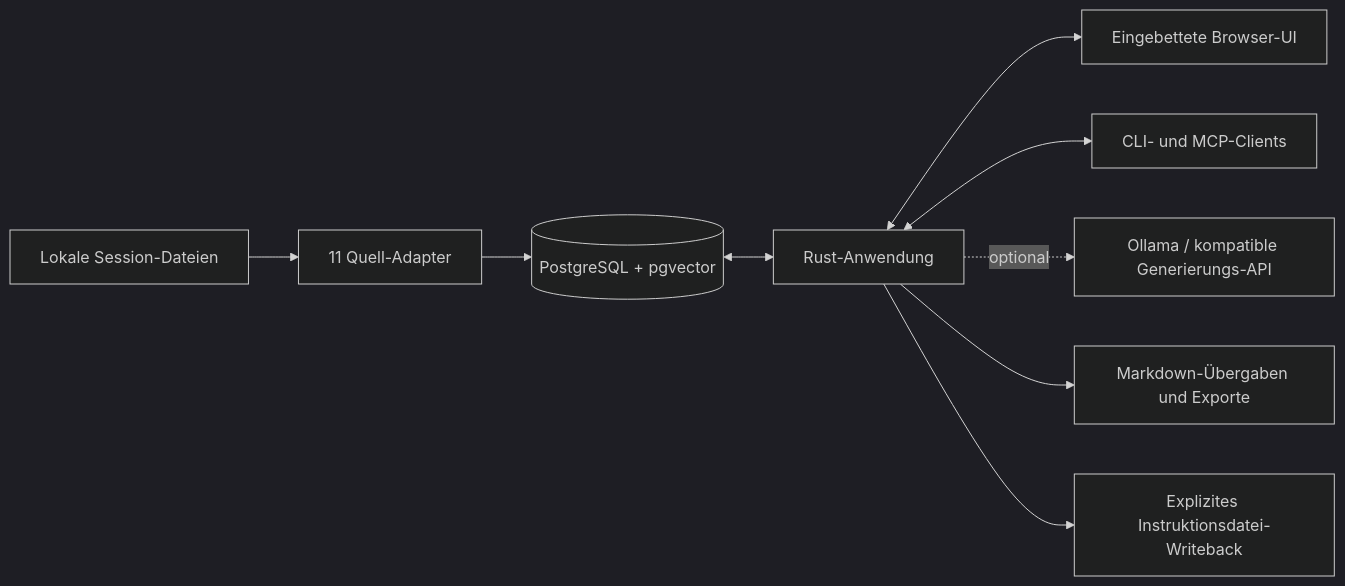
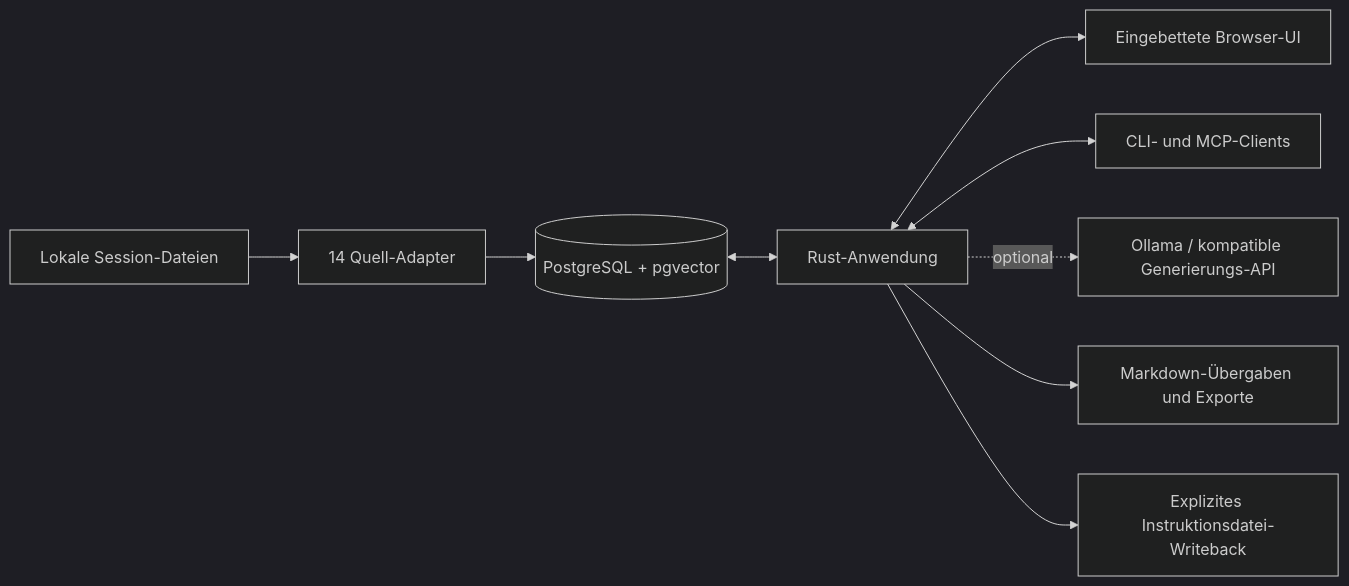
One commit to mkupermann/throughline changed the diagram in README.de.md. Above: the diagram before and after it, drawn with Mermaid (dark theme). The commit also changed other lines of this file and 18 other files, not shown here.

````diff
--- a/README.de.md
+++ b/README.de.md
@@ -324,11 +326,11 @@
 ```mermaid
 flowchart LR
-    Files[Lokale Session-Dateien] --> Import[11 Quell-Adapter]
+    Files[Lokale Session-Dateien] --> Import[14 Quell-Adapter]
     Import --> DB[(PostgreSQL + pgvector)]
     DB <--> Runtime[Rust-Anwendung]
     Runtime <--> Browser[Eingebettete Browser-UI]
     Runtime <--> Clients[CLI- und MCP-Clients]
     Runtime -. optional .-> Models[Ollama / kompatible Generierungs-API]
     Runtime --> Export[Markdown-Übergaben und Exporte]
     Runtime --> Instructions[Explizites Instruktionsdatei-Writeback]
 ```
````
